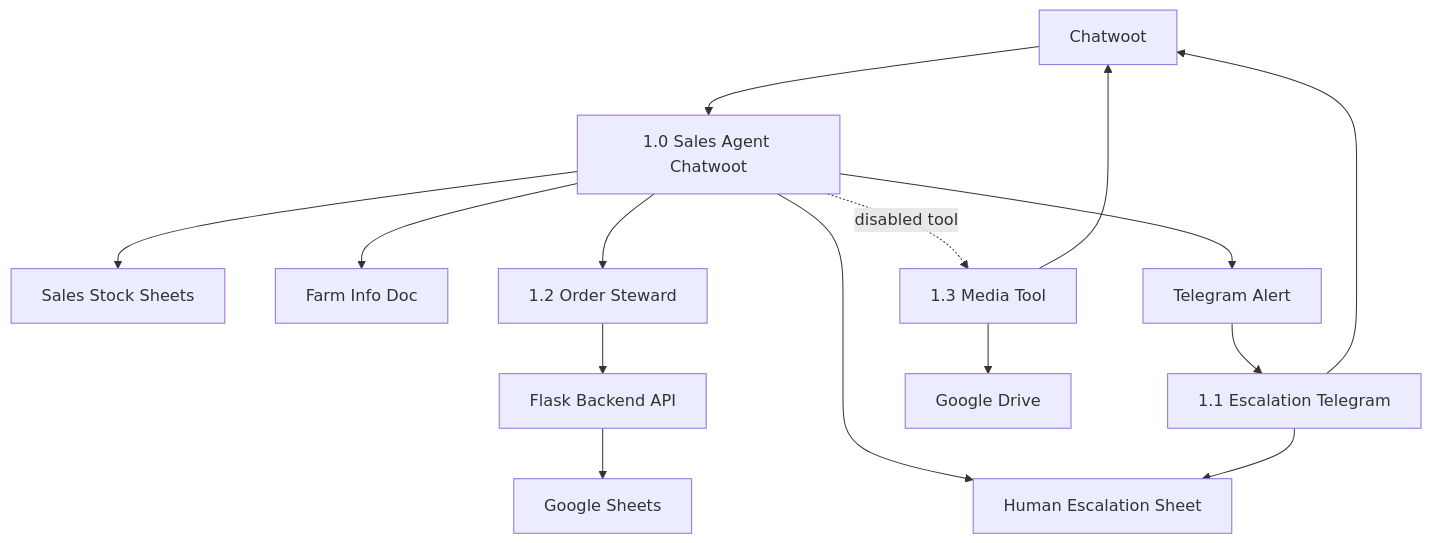
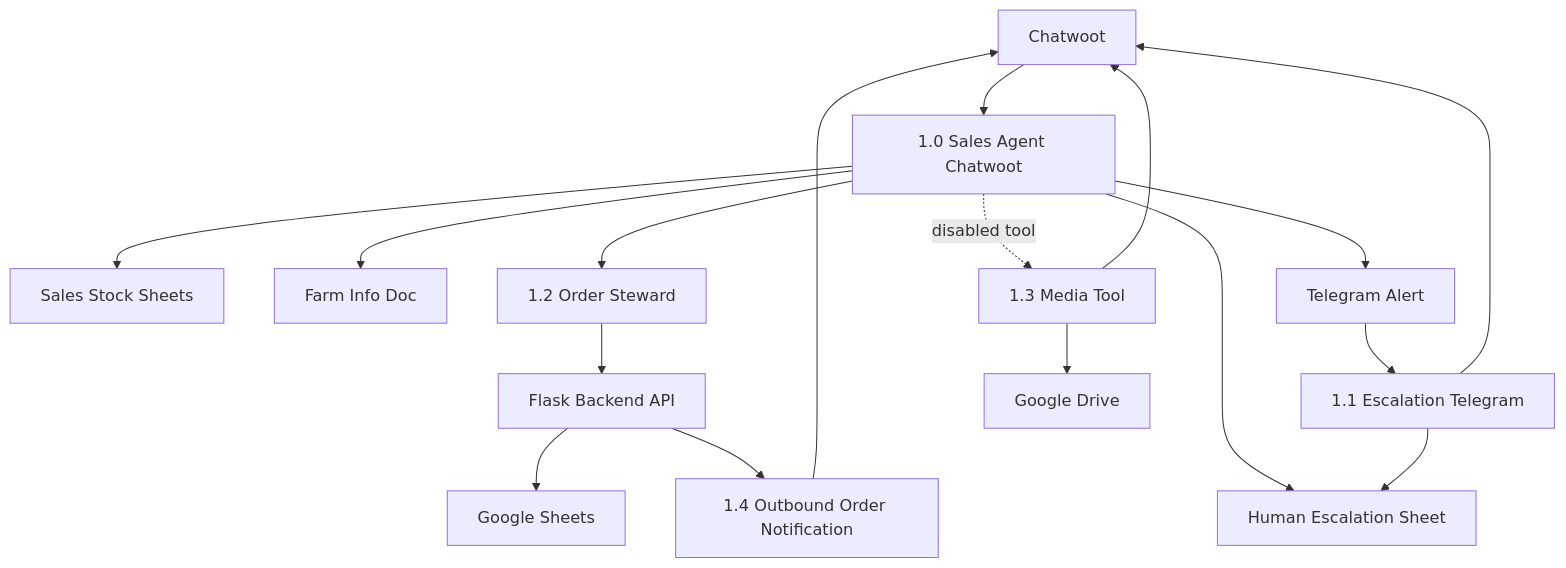
The diagram in docs/04-n8n/README.md (Crewless9086/amadeus-pig-tracking-system), drawn with Mermaid before and after one commit. The commit also changed other lines of this file and 16 other files, not shown here.

````diff
--- a/docs/04-n8n/README.md
+++ b/docs/04-n8n/README.md
@@ -39,17 +40,19 @@
 ```mermaid
 flowchart TD
   chatwoot[Chatwoot] --> workflow10["1.0 Sales Agent Chatwoot"]
   workflow10 --> sheetsSales["Sales Stock Sheets"]
   workflow10 --> farmDoc["Farm Info Doc"]
   workflow10 --> workflow12["1.2 Order Steward"]
   workflow12 --> backend["Flask Backend API"]
   backend --> googleSheets["Google Sheets"]
   workflow10 --> escalationSheet["Human Escalation Sheet"]
   workflow10 --> telegram[Telegram Alert]
   telegram --> workflow11["1.1 Escalation Telegram"]
   workflow11 --> chatwoot
   workflow11 --> escalationSheet
   workflow10 -. disabled tool .-> workflow13["1.3 Media Tool"]
   workflow13 --> googleDrive[Google Drive]
   workflow13 --> chatwoot
+  backend --> workflow14["1.4 Outbound Order Notification"]
+  workflow14 --> chatwoot
 ```
````
